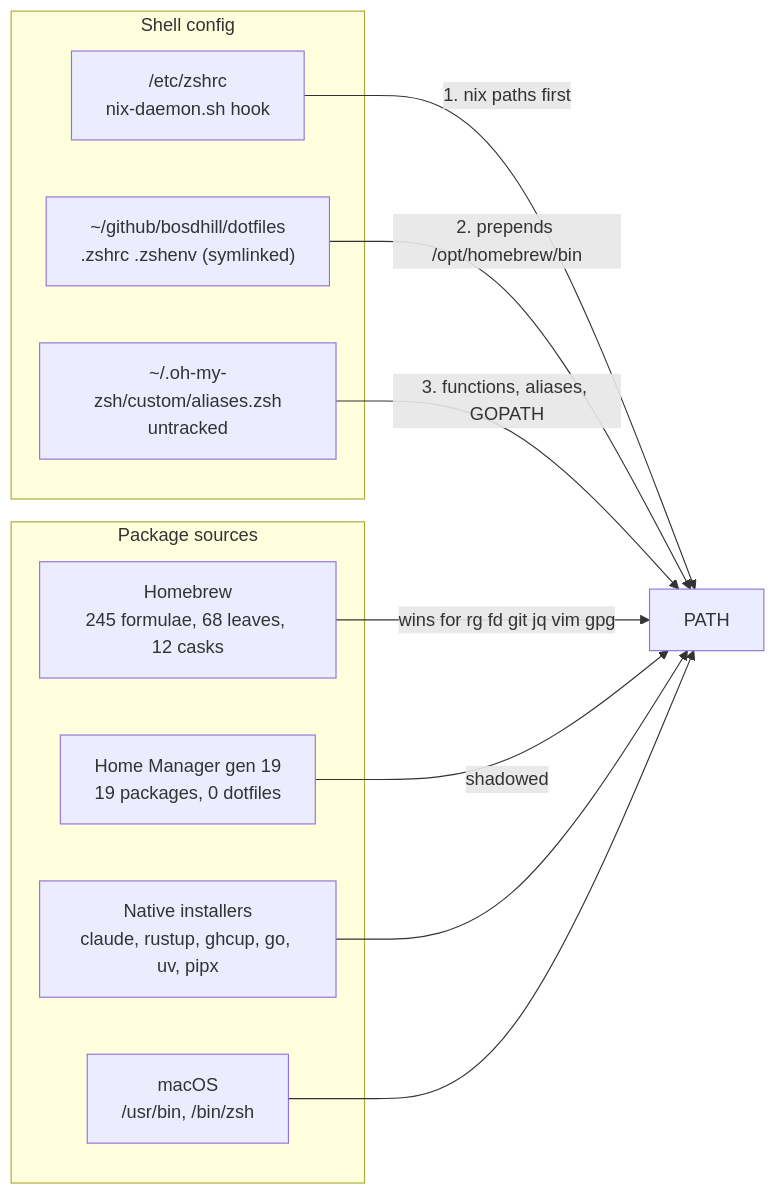
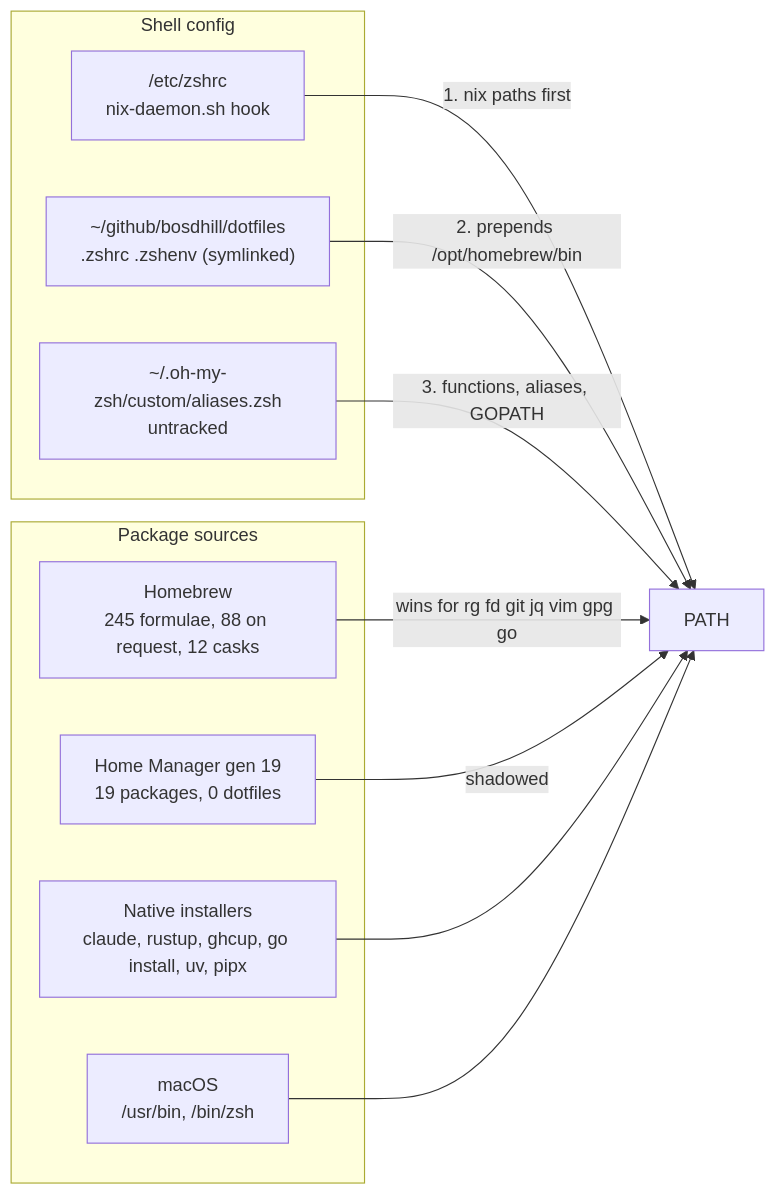
The first of 5 diagrams in .planning/home-manager-migration-plan.md (catgrep/nixos-config), drawn with Mermaid before and after one commit. The commit also changed other lines of this file, not shown here.

````diff
--- a/.planning/home-manager-migration-plan.md
+++ b/.planning/home-manager-migration-plan.md
@@ -23,21 +29,21 @@
 ```mermaid
 flowchart LR
   subgraph sources [Package sources]
-    brew["Homebrew<br/>245 formulae, 68 leaves, 12 casks"]
+    brew["Homebrew<br/>245 formulae, 88 on request, 12 casks"]
     hm["Home Manager gen 19<br/>19 packages, 0 dotfiles"]
-    native["Native installers<br/>claude, rustup, ghcup, go, uv, pipx"]
+    native["Native installers<br/>claude, rustup, ghcup, go install, uv, pipx"]
     apple["macOS<br/>/usr/bin, /bin/zsh"]
   end
   subgraph config [Shell config]
     etc["/etc/zshrc<br/>nix-daemon.sh hook"]
     dotfiles["~/github/bosdhill/dotfiles<br/>.zshrc .zshenv (symlinked)"]
     omz["~/.oh-my-zsh/custom/aliases.zsh<br/>untracked"]
   end
   etc -->|"1. nix paths first"| PATH
   dotfiles -->|"2. prepends /opt/homebrew/bin"| PATH
   omz -->|"3. functions, aliases, GOPATH"| PATH
-  brew -->|"wins for rg fd git jq vim gpg"| PATH
+  brew -->|"wins for rg fd git jq vim gpg go"| PATH
   hm -->|"shadowed"| PATH
   native --> PATH
   apple --> PATH
 ```
````
